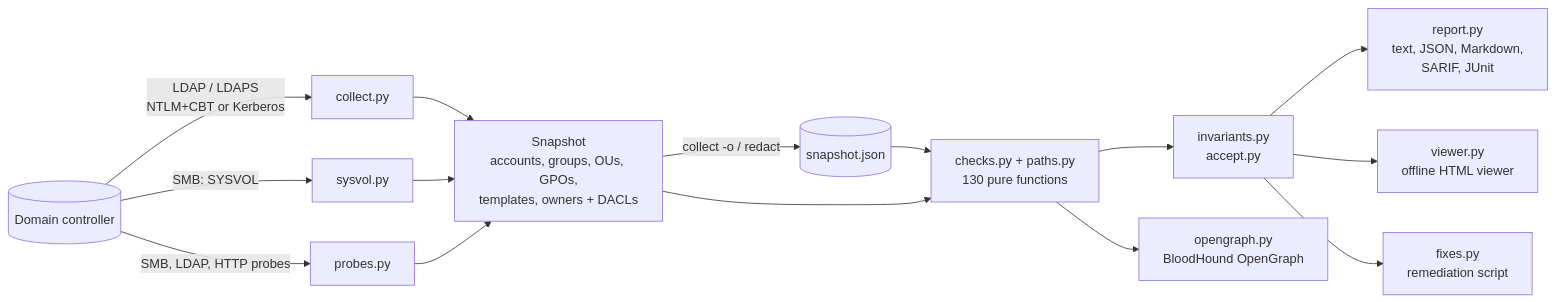
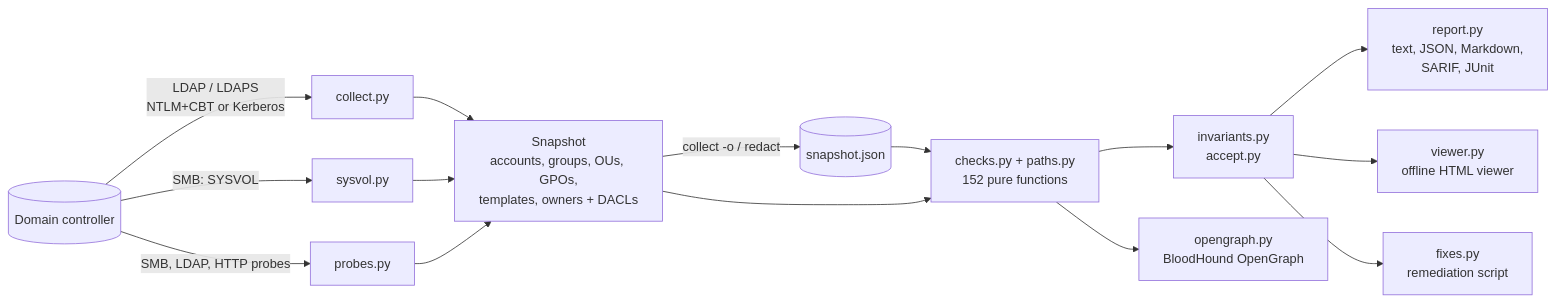
Before and after one commit to brkozer/ad-doctor: the diagram in README.md, drawn with Mermaid. The commit also changed other lines of this file and 61 other files, not shown here.

````diff
--- a/README.md
+++ b/README.md
@@ -520,17 +583,17 @@
 ```mermaid
 flowchart LR
     DC[(Domain controller)] -- "LDAP / LDAPS<br/>NTLM+CBT or Kerberos" --> C[collect.py]
     DC -- "SMB: SYSVOL" --> V[sysvol.py]
     DC -- "SMB, LDAP, HTTP probes" --> P[probes.py]
     C --> S[Snapshot<br/>accounts, groups, OUs, GPOs,<br/>templates, owners + DACLs]
     V --> S
     P --> S
     S -- "collect -o / redact" --> F[(snapshot.json)]
     F --> A
-    S --> A[checks.py + paths.py<br/>130 pure functions]
+    S --> A[checks.py + paths.py<br/>152 pure functions]
     A --> I[invariants.py<br/>accept.py]
     I --> R[report.py<br/>text, JSON, Markdown,<br/>SARIF, JUnit]
     I --> W[viewer.py<br/>offline HTML viewer]
     I --> X[fixes.py<br/>remediation script]
     A --> O[opengraph.py<br/>BloodHound OpenGraph]
 ```
````
